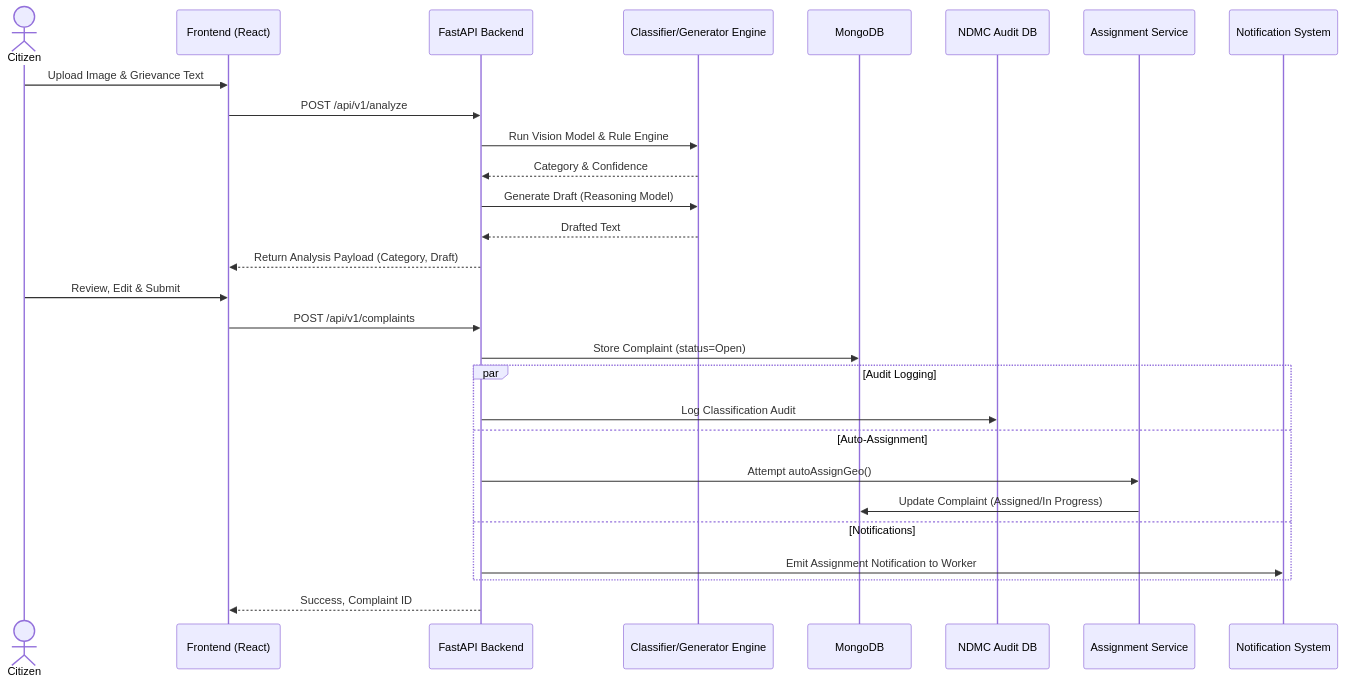
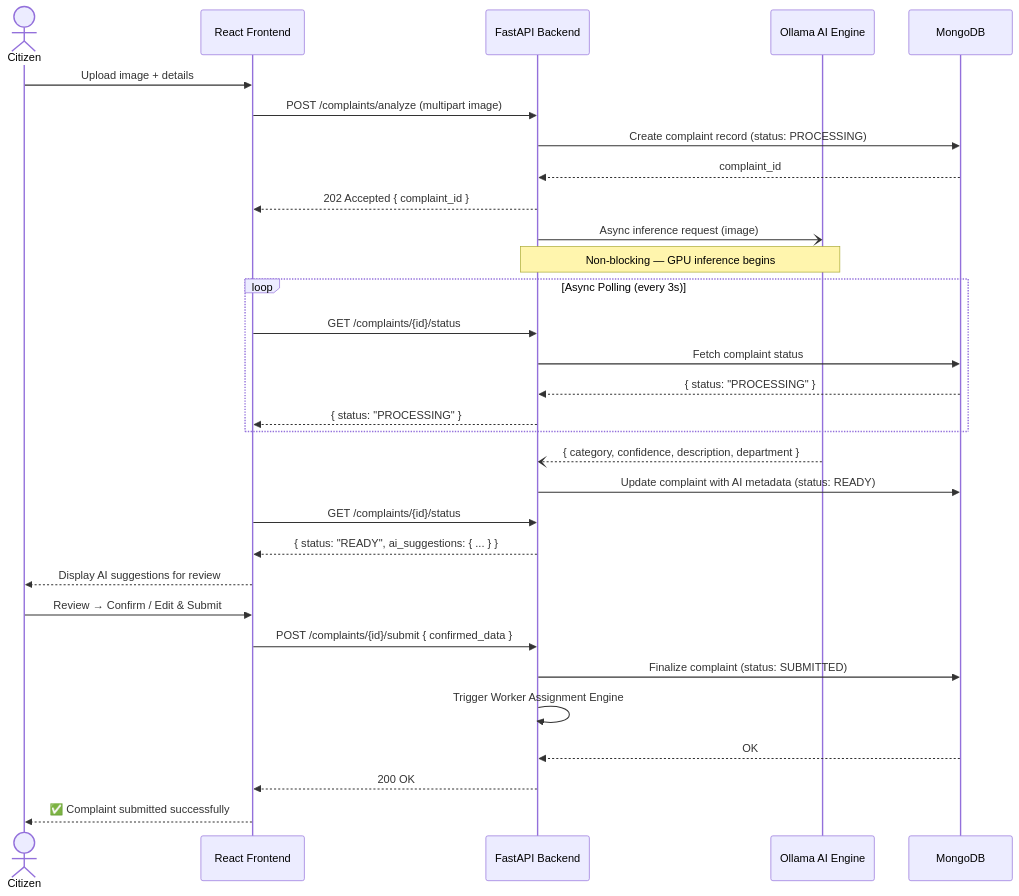
One commit to ark5234/Jan-Sunwai-AI changed the seventh of 10 diagrams in docs/DIAGRAMS.md. Above: the diagram before and after it, drawn with Mermaid. The commit also changed other lines of this file, not shown here.

Commit message:
docs: initialize LaTeX project structure and add documentation metadata for project report

````diff
--- a/docs/DIAGRAMS.md
+++ b/docs/DIAGRAMS.md
@@ -196,32 +341,40 @@
 ```mermaid
 sequenceDiagram
     actor Citizen
-    participant FE as Frontend (React)
-    participant API as FastAPI Backend
-    participant CLSF as Classifier/Generator Engine
+    participant FE as React Frontend
+    participant BE as FastAPI Backend
+    participant AI as Ollama AI Engine
     participant DB as MongoDB
-    participant NDMC as NDMC Audit DB
-    participant ASSIGN as Assignment Service
-    participant NOTIFY as Notification System
 
-    Citizen->>FE: Upload Image & Grievance Text
-    FE->>API: POST /api/v1/analyze
-    API->>CLSF: Run Vision Model & Rule Engine
-    CLSF-->>API: Category & Confidence
-    API->>CLSF: Generate Draft (Reasoning Model)
-    CLSF-->>API: Drafted Text
-    API-->>FE: Return Analysis Payload (Category, Draft)
+    Citizen->>FE: Upload image + details
 
-    Citizen->>FE: Review, Edit & Submit
-    FE->>API: POST /api/v1/complaints
-    API->>DB: Store Complaint (status=Open)
-    par Audit Logging
-        API->>NDMC: Log Classification Audit
-    and Auto-Assignment
-        API->>ASSIGN: Attempt autoAssignGeo()
-        ASSIGN->>DB: Update Complaint (Assigned/In Progress)
-    and Notifications
-        API->>NOTIFY: Emit Assignment Notification to Worker
+    FE->>BE: POST /complaints/analyze (multipart image)
+    BE->>DB: Create complaint record (status: PROCESSING)
+    DB-->>BE: complaint_id
+    BE-->>FE: 202 Accepted { complaint_id }
+
+    BE-)AI: Async inference request (image)
+    Note over BE,AI: Non-blocking — GPU inference begins
+
+    loop Async Polling (every 3s)
+        FE->>BE: GET /complaints/{id}/status
+        BE->>DB: Fetch complaint status
+        DB-->>BE: { status: "PROCESSING" }
+        BE-->>FE: { status: "PROCESSING" }
     end
-    API-->>FE: Success, Complaint ID
+
+    AI--)BE: { category, confidence, description, department }
+    BE->>DB: Update complaint with AI metadata (status: READY)
+
+    FE->>BE: GET /complaints/{id}/status
+    BE-->>FE: { status: "READY", ai_suggestions: { ... } }
+    FE-->>Citizen: Display AI suggestions for review
+
+    Citizen->>FE: Review → Confirm / Edit & Submit
+    FE->>BE: POST /complaints/{id}/submit { confirmed_data }
+    BE->>DB: Finalize complaint (status: SUBMITTED)
+    BE->>BE: Trigger Worker Assignment Engine
+    DB-->>BE: OK
+    BE-->>FE: 200 OK
+    FE-->>Citizen: ✅ Complaint submitted successfully
 ```
````
